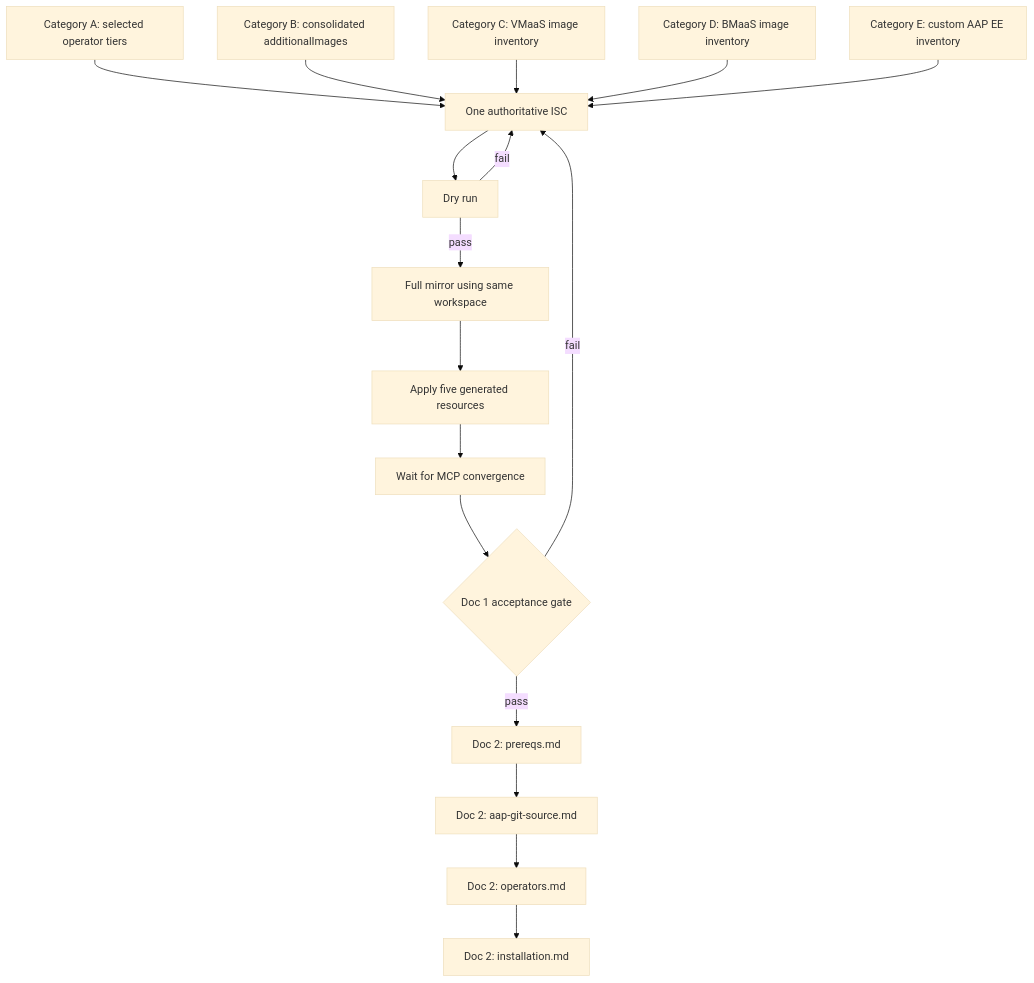
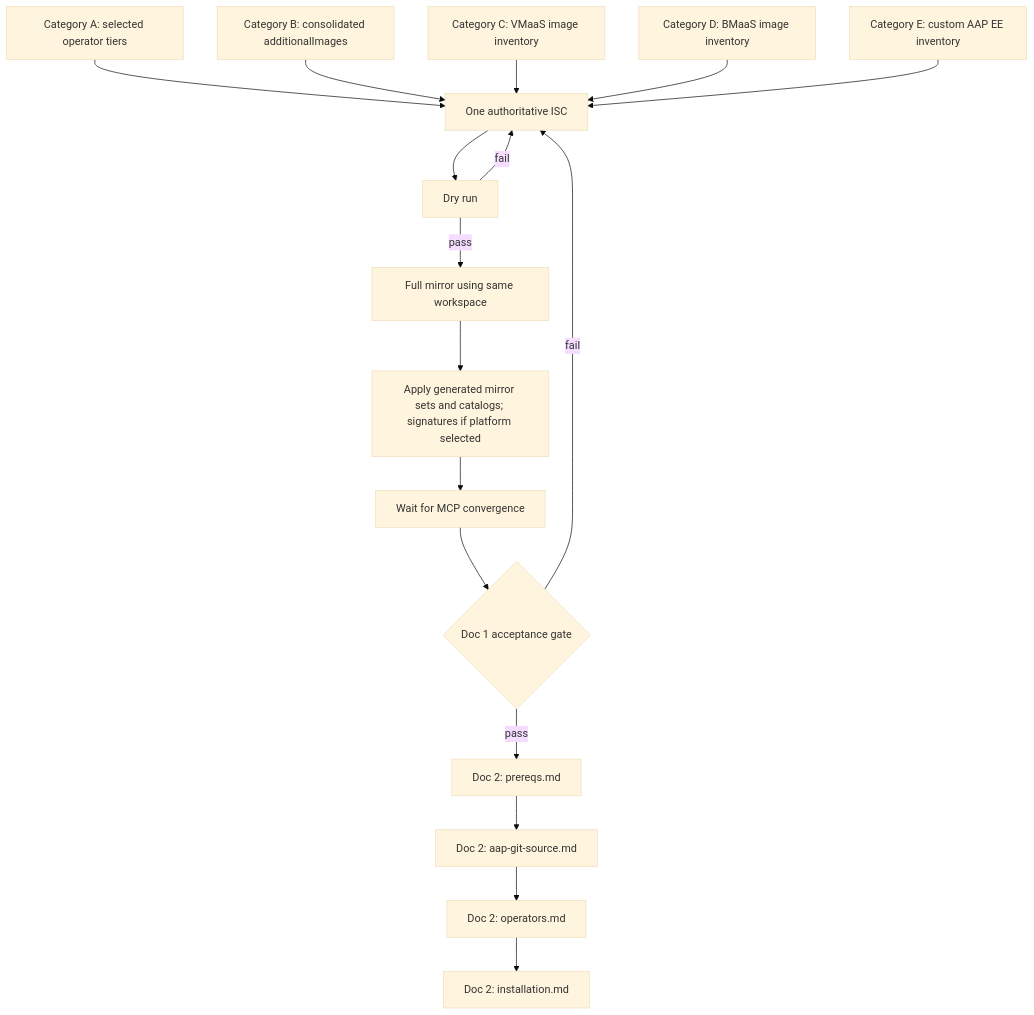
Before and after one commit to redhat-chai-bot/osac-project_osac: the diagram in docs/guides/installation/disconnected/README.md, drawn with Mermaid (base theme). The commit also changed other lines of this file and 2 other files, not shown here.

Commit message:
OSAC-3921: close disconnected guide validation gaps
Remove the remaining early AAP node-pull prerequisite and fixed artifact
counts. Reject empty or ambiguous ISC inputs before signature gates.

````diff
--- a/docs/guides/installation/disconnected/README.md
+++ b/docs/guides/installation/disconnected/README.md
@@ -148,19 +149,19 @@
 ```mermaid
 flowchart TD
     C1A[Category A: selected operator tiers] --> ISC[One authoritative ISC]
     C1B[Category B: consolidated additionalImages] --> ISC
     C1C[Category C: VMaaS image inventory] --> ISC
     C1D[Category D: BMaaS image inventory] --> ISC
     C1E[Category E: custom AAP EE inventory] --> ISC
     ISC --> DRY[Dry run]
     DRY -->|pass| FULL[Full mirror using same workspace]
     DRY -->|fail| ISC
-    FULL --> APPLY[Apply five generated resources]
+    FULL --> APPLY[Apply generated mirror sets and catalogs; signatures if platform selected]
     APPLY --> MCP[Wait for MCP convergence]
     MCP --> GATE{Doc 1 acceptance gate}
     GATE -->|pass| PRE["Doc 2: prereqs.md"]
     GATE -->|fail| ISC
     PRE --> GIT["Doc 2: aap-git-source.md"]
     GIT --> OPS["Doc 2: operators.md"]
     OPS --> INST["Doc 2: installation.md"]
 ```
````
